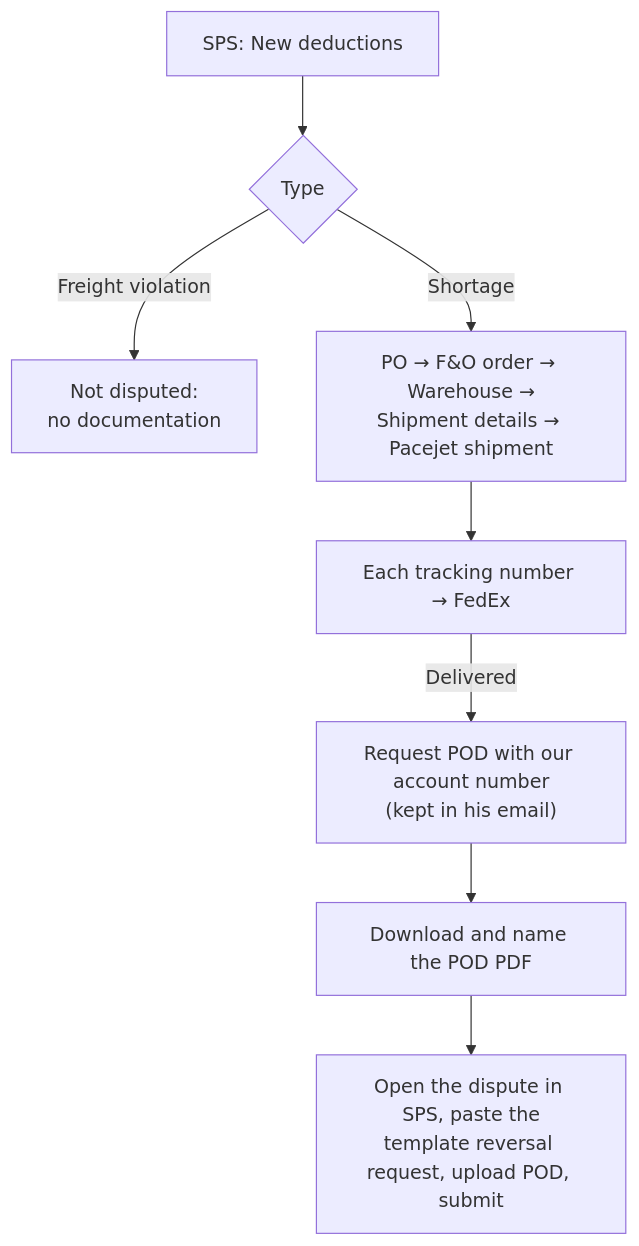
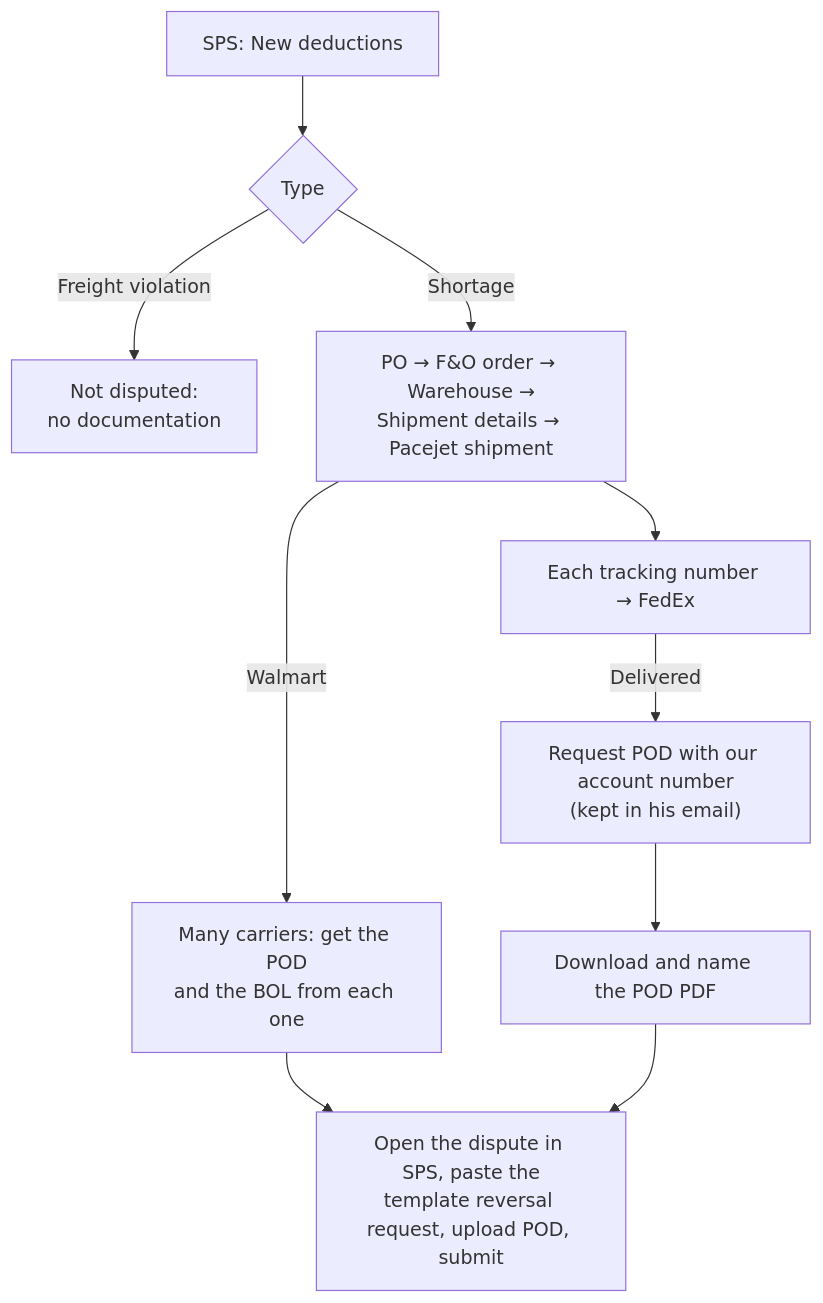
Before and after one commit to mennyg19-cmyk/ShadowingSessions: the third of 3 diagrams in processes/deductions-and-disputes.md, drawn with Mermaid. The commit also changed other lines of this file and 5 other files, not shown here.

Commit message:
Walmart shortages: many carriers, needs POD and BOL from each

````diff
--- a/processes/deductions-and-disputes.md
+++ b/processes/deductions-and-disputes.md
@@ -88,10 +88,12 @@
 ```mermaid
 flowchart TD
     A["SPS: New deductions"] --> B{"Type"}
     B -->|"Freight violation"| X["Not disputed:<br/>no documentation"]
     B -->|"Shortage"| C["PO → F&O order → Warehouse →<br/>Shipment details → Pacejet shipment"]
     C --> D["Each tracking number → FedEx"]
+    C -->|"Walmart"| W["Many carriers: get the POD<br/>and the BOL from each one"]
+    W --> G
     D -->|"Delivered"| E["Request POD with our account number<br/>(kept in his email)"]
     E --> F["Download and name the POD PDF"]
     F --> G["Open the dispute in SPS, paste the<br/>template reversal request, upload POD, submit"]
 ```
````
